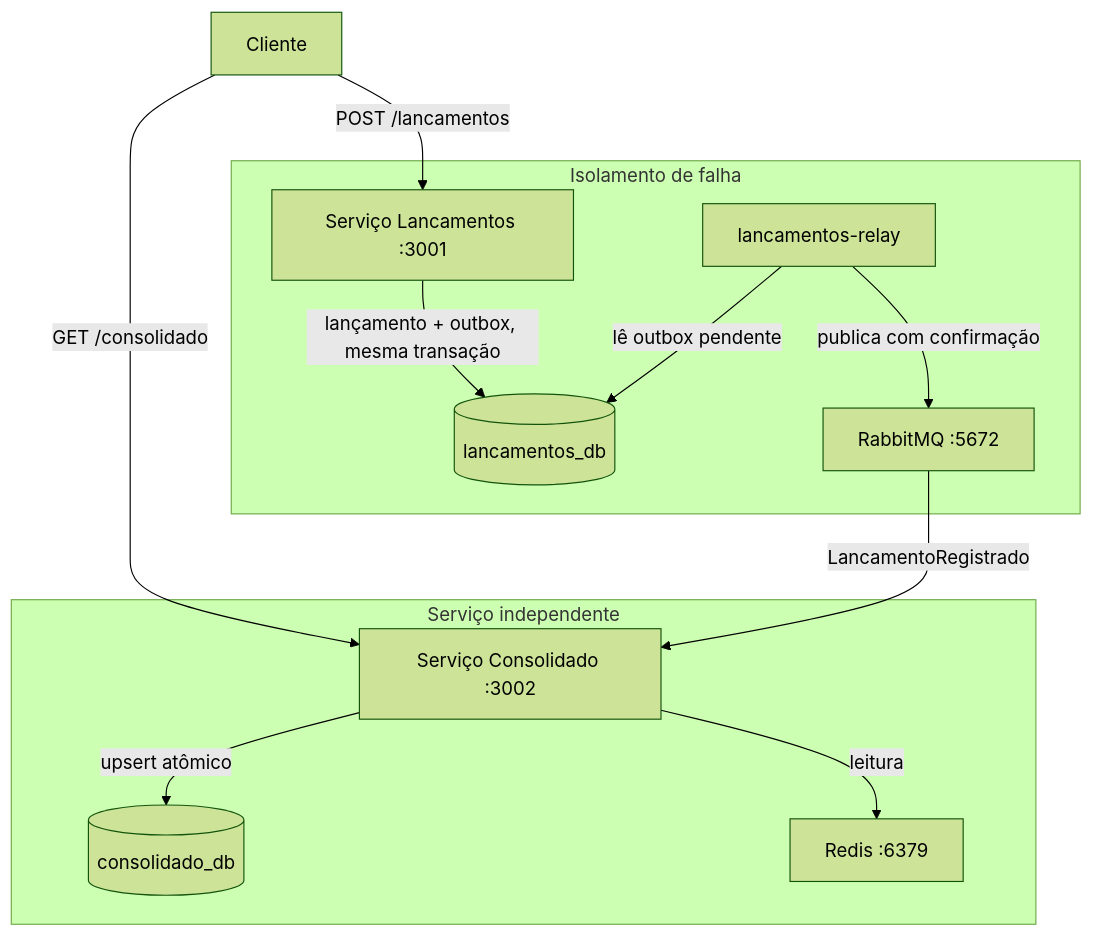
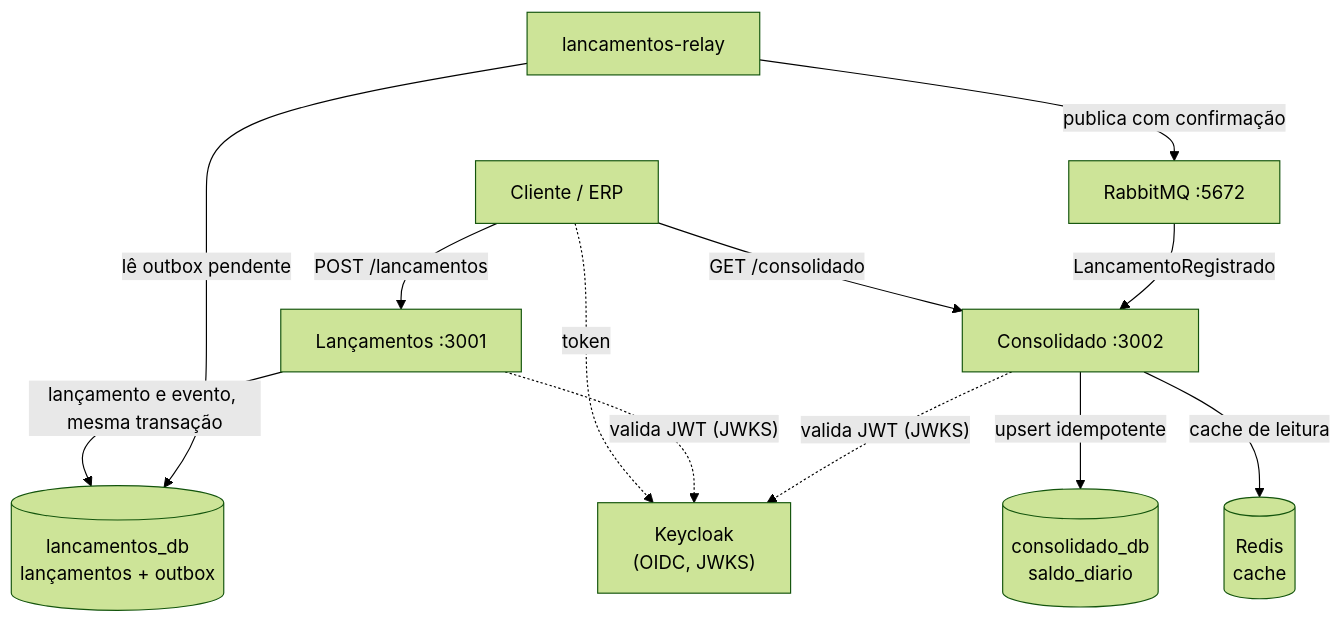
Before and after one commit to Matheussferreira/desafio-carrefour: the diagram in README.md, drawn with Mermaid (forest theme). The commit also changed other lines of this file and 10 other files, not shown here.

````diff
--- a/README.md
+++ b/README.md
@@ -13,25 +5,24 @@
 ```mermaid
 graph TD
-    Cliente -->|POST /lancamentos| L[Serviço Lancamentos :3001]
-    Cliente -->|GET /consolidado| C[Serviço Consolidado :3002]
+    Cliente["Cliente / ERP"]
+    KC["Keycloak<br/>(OIDC, JWKS)"]
+    L["Lançamentos :3001"]
+    R["lancamentos-relay"]
+    C["Consolidado :3002"]
+    MQ["RabbitMQ :5672"]
+    PGL[("lancamentos_db<br/>lançamentos + outbox")]
+    PGC[("consolidado_db<br/>saldo_diario")]
+    RD[("Redis<br/>cache")]
 
-    L -->|lançamento + outbox, mesma transação| PG_L[(lancamentos_db)]
-    R[lancamentos-relay] -->|lê outbox pendente| PG_L
-    R -->|publica com confirmação| MQ[RabbitMQ :5672]
-
-    MQ -->|LancamentoRegistrado| C
-    C -->|upsert atômico| PG_C[(consolidado_db)]
-    C -->|leitura| RD[Redis :6379]
-
-    subgraph "Isolamento de falha"
-        L
-        PG_L
-        R
-        MQ
-    end
-    subgraph "Serviço independente"
-        C
-        PG_C
-        RD
-    end
+    Cliente -->|"POST /lancamentos"| L
+    Cliente -->|"GET /consolidado"| C
+    Cliente -.->|"token"| KC
+    L -.->|"valida JWT (JWKS)"| KC
+    C -.->|"valida JWT (JWKS)"| KC
+    L -->|"lançamento e evento, mesma transação"| PGL
+    R -->|"lê outbox pendente"| PGL
+    R -->|"publica com confirmação"| MQ
+    MQ -->|"LancamentoRegistrado"| C
+    C -->|"upsert idempotente"| PGC
+    C -->|"cache de leitura"| RD
 ```
````
